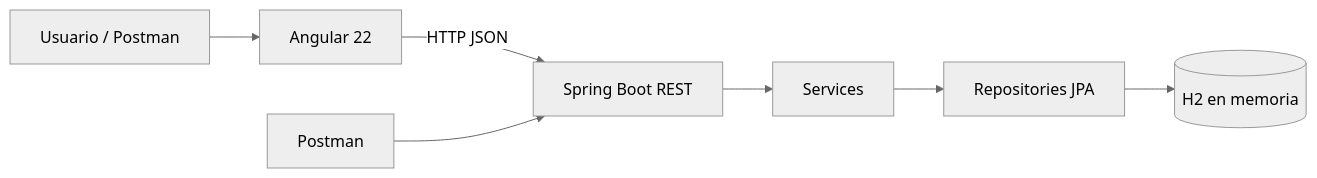
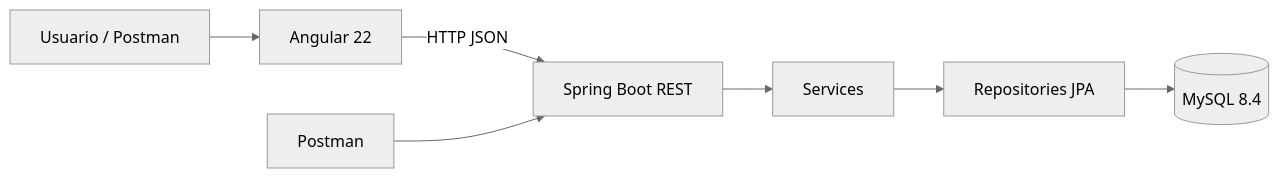
One commit to MrFenix27/ProyectoIntegradorWeb changed the second of 2 diagrams in proyectointegradorfabiano/docs/APF1-COLDTRACE.md. Above: the diagram before and after it, drawn with Mermaid (neutral theme). The commit also changed other lines of this file and 73 other files, not shown here.

````diff
--- a/proyectointegradorfabiano/docs/APF1-COLDTRACE.md
+++ b/proyectointegradorfabiano/docs/APF1-COLDTRACE.md
@@ -29,9 +29,9 @@
 ```mermaid
 flowchart LR
     C[Usuario / Postman] --> A[Angular 22]
     A -->|HTTP JSON| API[Spring Boot REST]
     P[Postman] --> API
     API --> S[Services]
     S --> R[Repositories JPA]
-    R --> DB[(H2 en memoria)]
+    R --> DB[(MySQL 8.4)]
 ```
````
